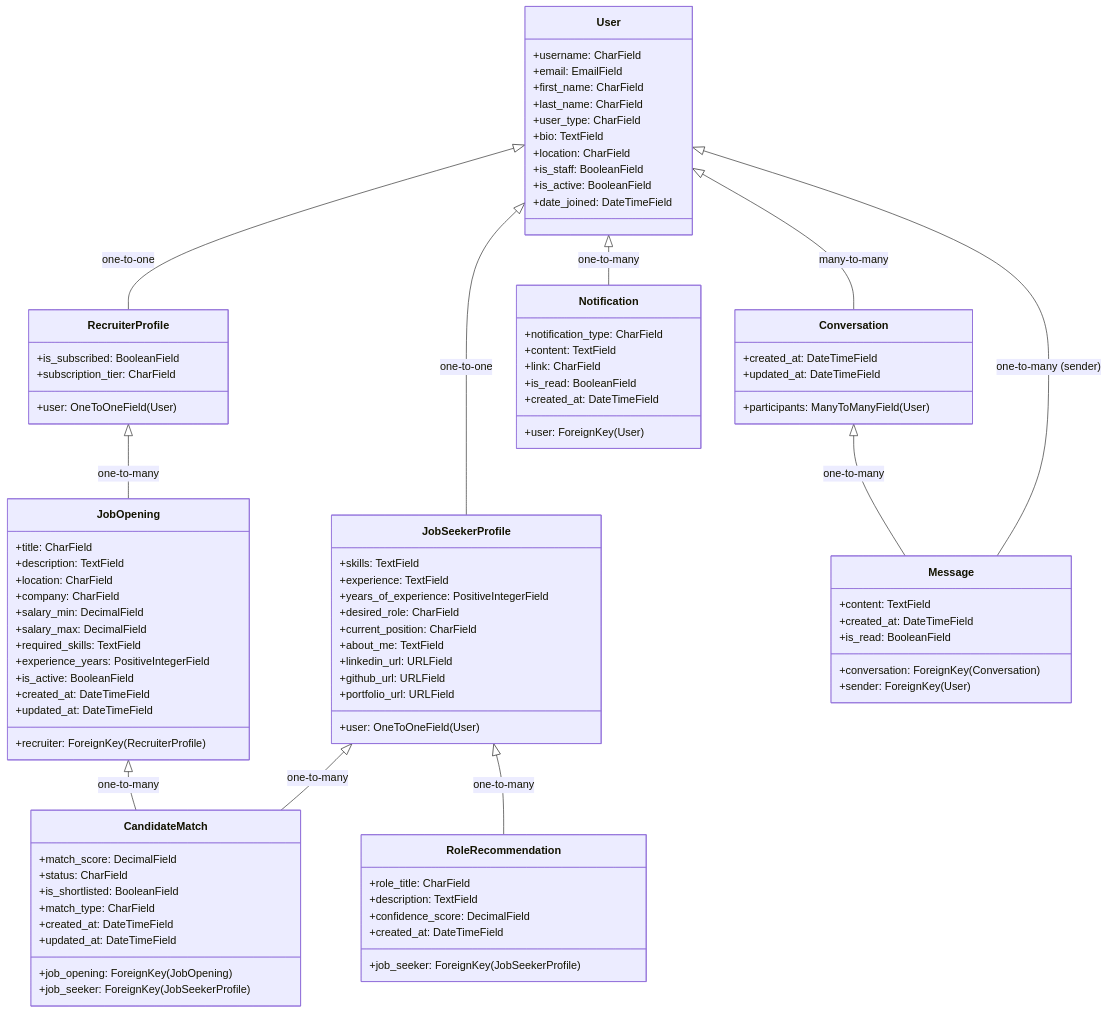
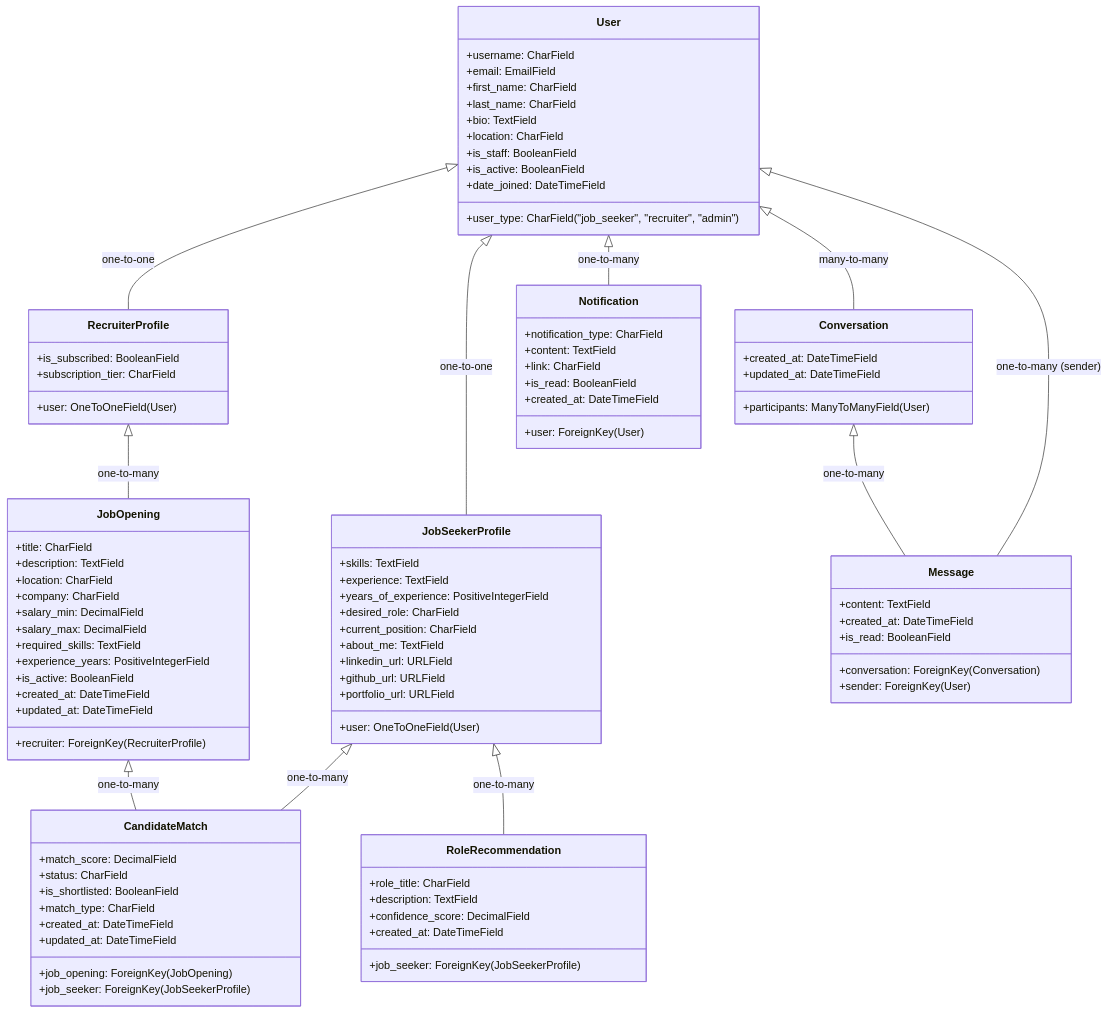
Before and after one commit to btfranklin/hiredar-saas-archive: the diagram in MODELS.md, drawn with Mermaid. The commit also changed other lines of this file and 5 other files, not shown here.

First line of the commit message:
Add admin user type and enforce staff privileges rules

```diff
--- a/MODELS.md
+++ b/MODELS.md
@@ -22,7 +22,7 @@
         +email: EmailField
         +first_name: CharField
         +last_name: CharField
-        +user_type: CharField
+        +user_type: CharField("job_seeker", "recruiter", "admin")
         +bio: TextField
         +location: CharField
         +is_staff: BooleanField
```
